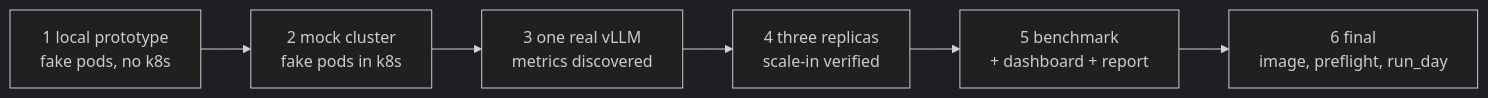
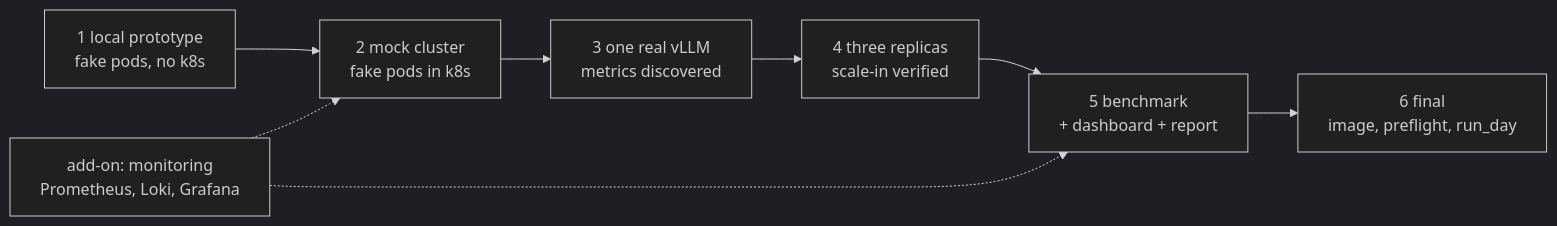
The diagram in README.md (colmeabhi/cache-aware-scale-in), drawn with Mermaid (dark theme) before and after one commit. The commit also changed other lines of this file and 27 other files, not shown here.

First line of the commit message:
Add Prometheus, Loki, Alloy and Grafana monitoring add-on

````diff
--- a/README.md
+++ b/README.md
@@ -46,8 +48,10 @@
 ```mermaid
 flowchart LR
   S1[1 local prototype<br/>fake pods, no k8s] --> S2[2 mock cluster<br/>fake pods in k8s]
   S2 --> S3[3 one real vLLM<br/>metrics discovered]
   S3 --> S4[4 three replicas<br/>scale-in verified]
   S4 --> S5[5 benchmark<br/>+ dashboard + report]
   S5 --> S6[6 final<br/>image, preflight, run_day]
+  M[add-on: monitoring<br/>Prometheus, Loki, Grafana] -.-> S2
+  M -.-> S5
 ```
````
